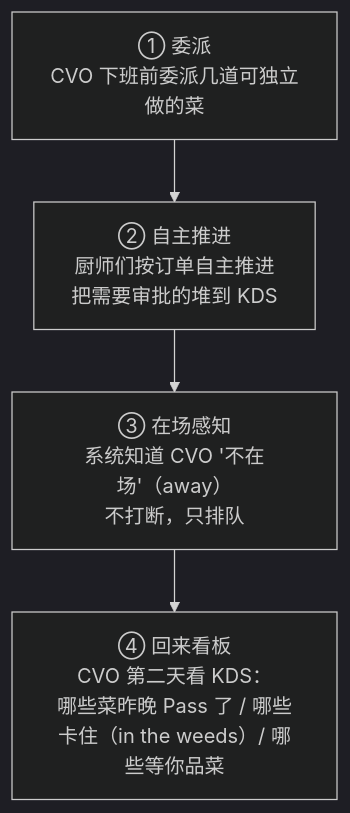
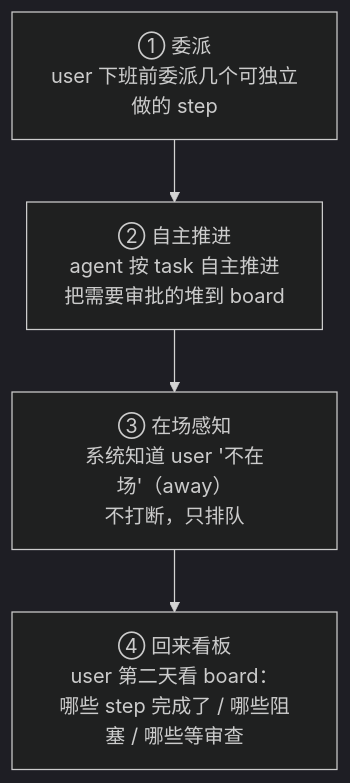
The third of 3 diagrams in docs/product/PRD.md (Chase0310/fireit), drawn with Mermaid (dark theme) before and after one commit. The commit also changed other lines of this file and 2 other files, not shown here.

First line of the commit message:
refactor(docs): 黑话→工程术语，PRD/architecture 可直接设计变量

````diff
--- a/docs/product/PRD.md
+++ b/docs/product/PRD.md
@@ -153,9 +118,9 @@
 ```mermaid
 flowchart TD
-    N1["① 委派\nCVO 下班前委派几道可独立做的菜"]
-    N2["② 自主推进\n厨师们按订单自主推进\n把需要审批的堆到 KDS"]
-    N3["③ 在场感知\n系统知道 CVO '不在场'（away）\n不打断，只排队"]
-    N4["④ 回来看板\nCVO 第二天看 KDS：\n哪些菜昨晚 Pass 了 / 哪些卡住（in the weeds）/ 哪些等你品菜"]
+    N1["① 委派\nuser 下班前委派几个可独立做的 step"]
+    N2["② 自主推进\nagent 按 task 自主推进\n把需要审批的堆到 board"]
+    N3["③ 在场感知\n系统知道 user '不在场'（away）\n不打断，只排队"]
+    N4["④ 回来看板\nuser 第二天看 board：\n哪些 step 完成了 / 哪些阻塞 / 哪些等审查"]
 
     N1 --> N2 --> N3 --> N4
 ```
````
